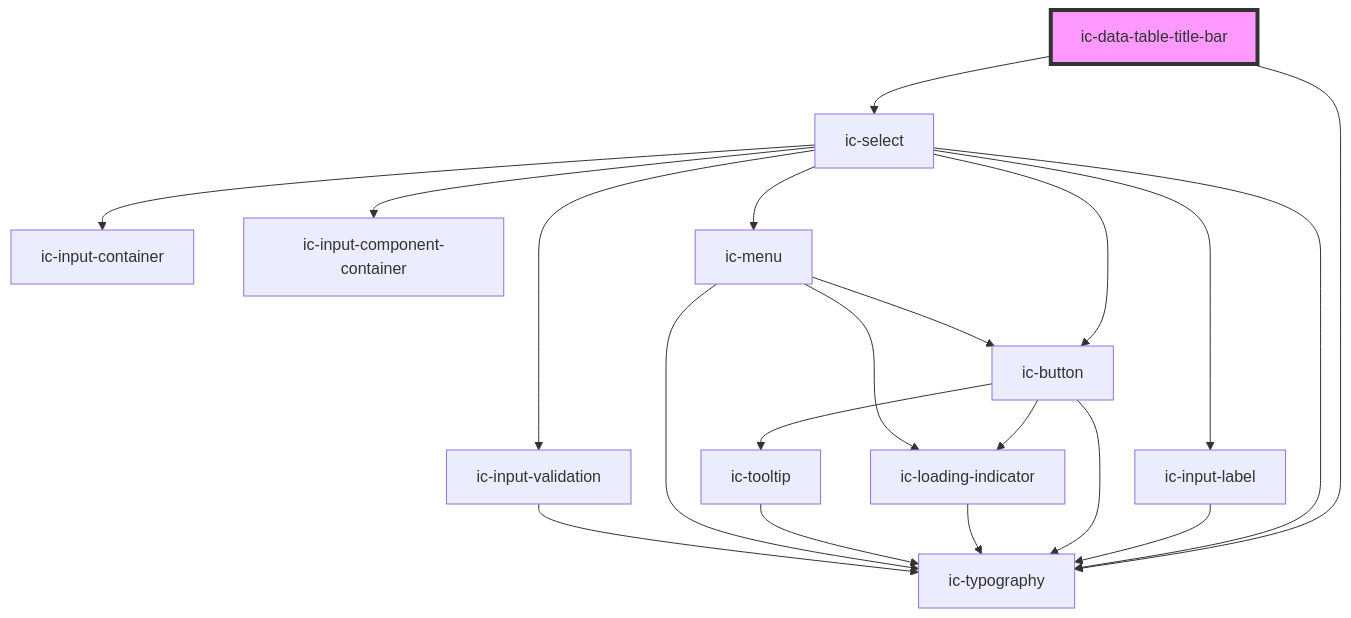
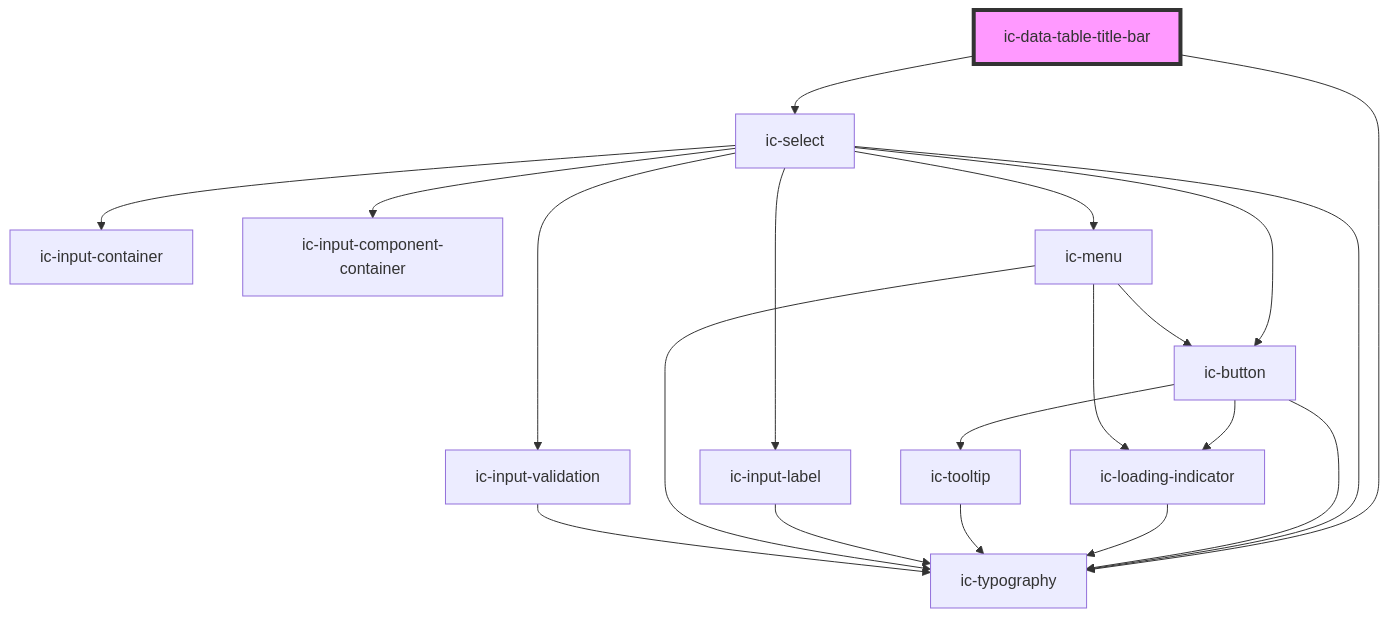
One commit to mi6/ic-ui-kit changed the diagram in packages/canary-web-components/src/components/ic-data-table-title-bar/readme.md. Above: the diagram before and after it, drawn with Mermaid. The commit also changed other lines of this file and 2 other files, not shown here.

First line of the commit message:
docs(canary-web-components): update readme and metadata for components that depend on ic-select

````diff
--- a/packages/canary-web-components/src/components/ic-data-table-title-bar/readme.md
+++ b/packages/canary-web-components/src/components/ic-data-table-title-bar/readme.md
@@ -43,23 +43,23 @@
 ```mermaid
 graph TD;
   ic-data-table-title-bar --> ic-typography
   ic-data-table-title-bar --> ic-select
+  ic-select --> ic-button
+  ic-select --> ic-typography
   ic-select --> ic-input-container
   ic-select --> ic-input-label
   ic-select --> ic-input-component-container
-  ic-select --> ic-typography
-  ic-select --> ic-button
   ic-select --> ic-menu
   ic-select --> ic-input-validation
-  ic-input-label --> ic-typography
   ic-button --> ic-typography
   ic-button --> ic-loading-indicator
   ic-button --> ic-tooltip
   ic-loading-indicator --> ic-typography
   ic-tooltip --> ic-typography
+  ic-input-label --> ic-typography
   ic-menu --> ic-loading-indicator
   ic-menu --> ic-typography
   ic-menu --> ic-button
   ic-input-validation --> ic-typography
   style ic-data-table-title-bar fill:#f9f,stroke:#333,stroke-width:4px
 ```
````
